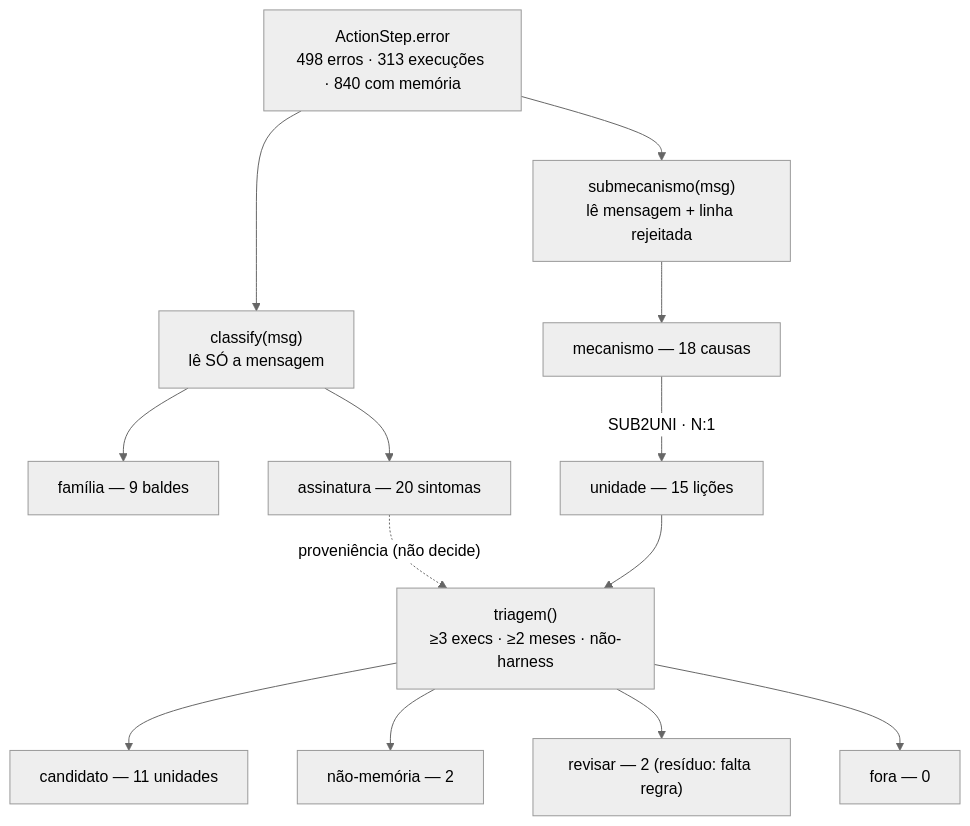
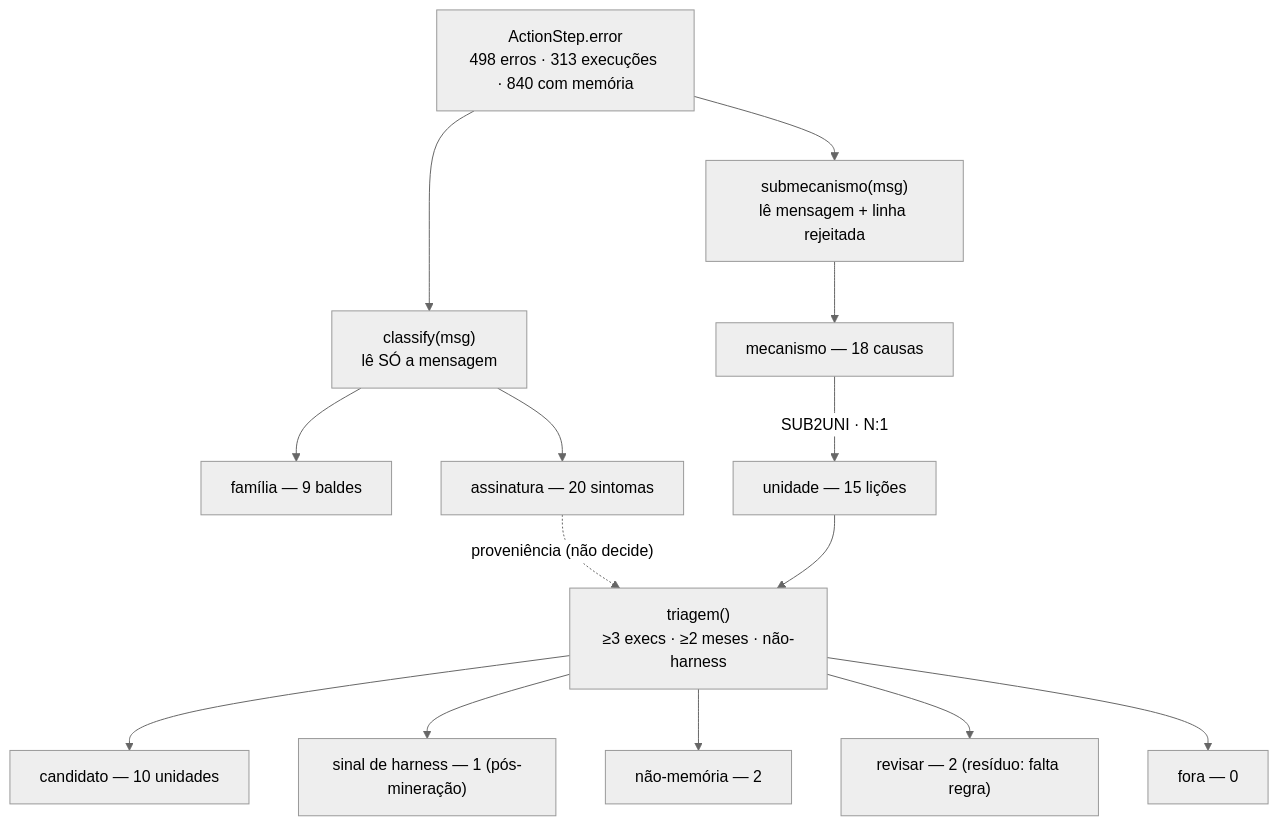
The first of 2 diagrams in analysis/2026-09-trace-law-flow/docs/09-metodologia-erro-a-memoria.md (rc-ventura/memory_layer_ai_agents), drawn with Mermaid (neutral theme) before and after one commit. The commit also changed other lines of this file and 14 other files, not shown here.

First line of the commit message:
analysis: decisão da mineração entra na triagem — a nº10 vira "sinal de harness" (Ajuste 5)

````diff
--- a/analysis/2026-09-trace-law-flow/docs/09-metodologia-erro-a-memoria.md
+++ b/analysis/2026-09-trace-law-flow/docs/09-metodologia-erro-a-memoria.md
@@ -37,15 +37,16 @@
 ```mermaid
 flowchart TD
     E["ActionStep.error<br/>498 erros · 313 execuções · 840 com memória"] --> C["classify(msg)<br/>lê SÓ a mensagem"]
     E --> S["submecanismo(msg)<br/>lê mensagem + linha rejeitada"]
     C --> F["família — 9 baldes"]
     C --> A["assinatura — 20 sintomas"]
     S --> M["mecanismo — 18 causas"]
     M -->|"SUB2UNI · N:1"| U["unidade — 15 lições"]
     U --> T["triagem()<br/>≥3 execs · ≥2 meses · não-harness"]
-    T --> D1["candidato — 11 unidades"]
+    T --> D1["candidato — 10 unidades"]
+    T --> D5["sinal de harness — 1 (pós-mineração)"]
     T --> D2["não-memória — 2"]
     T --> D4["revisar — 2 (resíduo: falta regra)"]
     T --> D3["fora — 0"]
     A -.->|"proveniência (não decide)"| T
 ```
````
